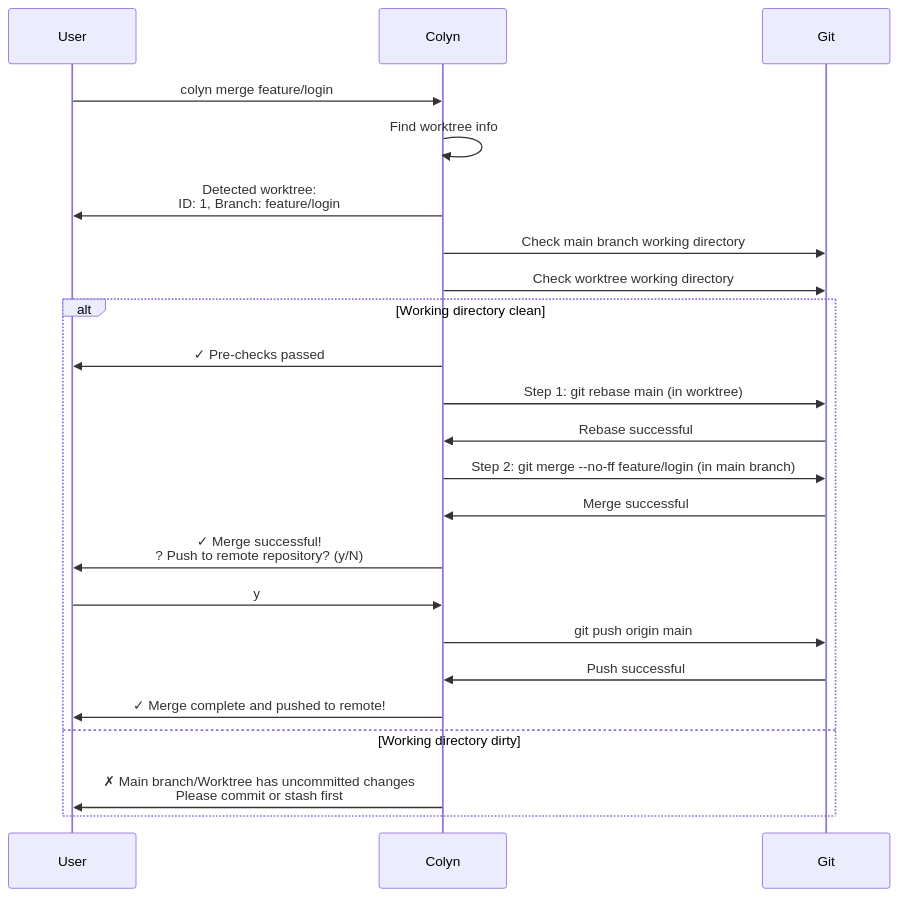
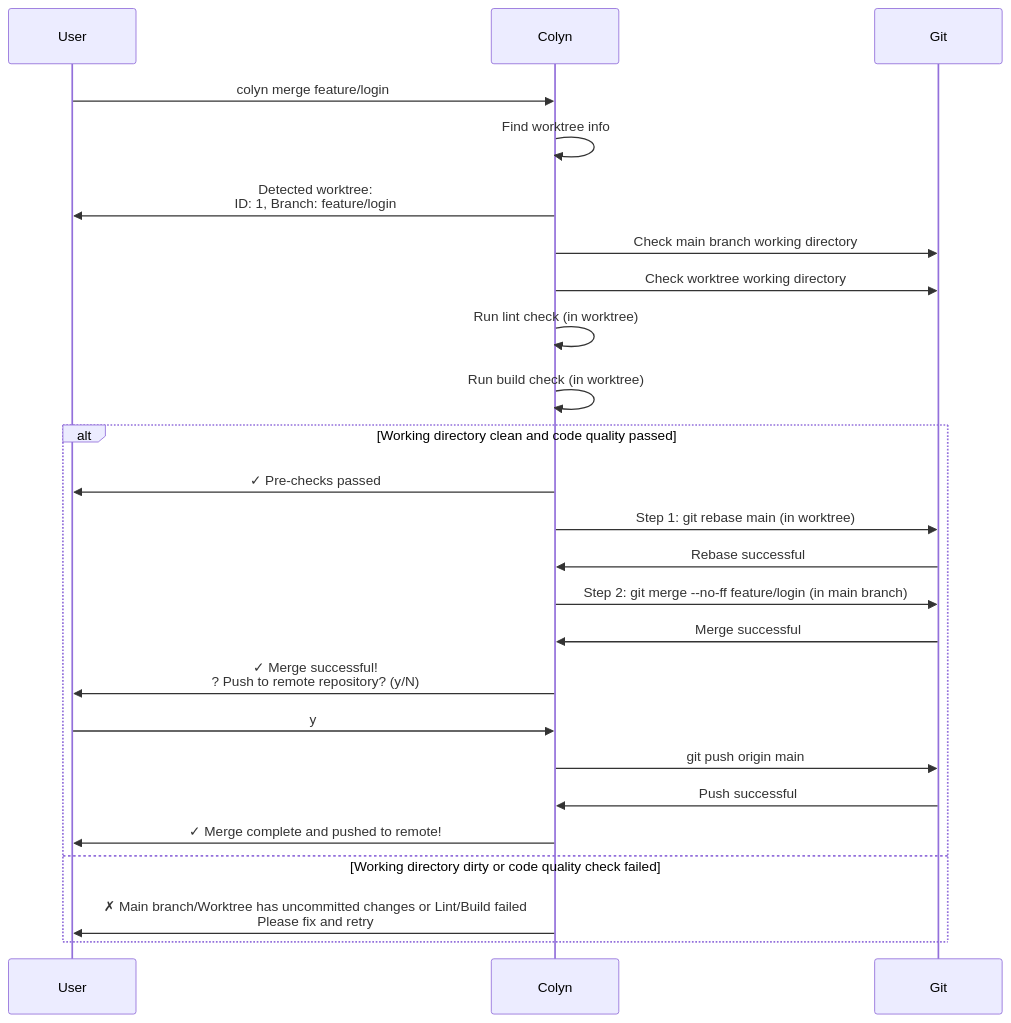
One commit to colin-han/colyn changed the first of 6 diagrams in docs-en/design-merge-command.md. Above: the diagram before and after it, drawn with Mermaid. The commit also changed other lines of this file and 6 other files, not shown here.

````diff
--- a/docs-en/design-merge-command.md
+++ b/docs-en/design-merge-command.md
@@ -45,28 +46,30 @@
 ```mermaid
 sequenceDiagram
     participant U as User
     participant C as Colyn
     participant G as Git
 
     U->>C: colyn merge feature/login
     C->>C: Find worktree info
     C->>U: Detected worktree:<br/>ID: 1, Branch: feature/login
 
     C->>G: Check main branch working directory
     C->>G: Check worktree working directory
+    C->>C: Run lint check (in worktree)
+    C->>C: Run build check (in worktree)
 
-    alt Working directory clean
+    alt Working directory clean and code quality passed
         C->>U: ✓ Pre-checks passed
         C->>G: Step 1: git rebase main (in worktree)
         G->>C: Rebase successful
         C->>G: Step 2: git merge --no-ff feature/login (in main branch)
         G->>C: Merge successful
         C->>U: ✓ Merge successful!<br/>? Push to remote repository? (y/N)
         U->>C: y
         C->>G: git push origin main
         G->>C: Push successful
         C->>U: ✓ Merge complete and pushed to remote!
-    else Working directory dirty
-        C->>U: ✗ Main branch/Worktree has uncommitted changes<br/>Please commit or stash first
+    else Working directory dirty or code quality check failed
+        C->>U: ✗ Main branch/Worktree has uncommitted changes or Lint/Build failed<br/>Please fix and retry
     end
 ```
````
